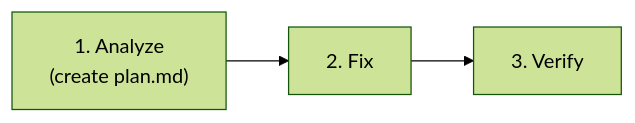
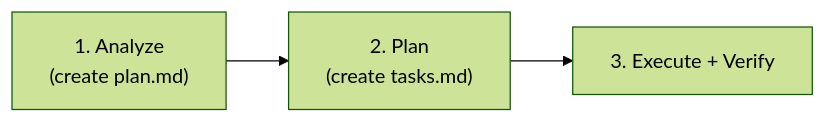
Before and after one commit to PAMunb/rvsec: the fourth of 5 diagrams in rv-android/docs/WORKFLOW.md, drawn with Mermaid (forest theme). The commit also changed other lines of this file, not shown here.

````diff
--- a/rv-android/docs/WORKFLOW.md
+++ b/rv-android/docs/WORKFLOW.md
@@ -517,4 +557,4 @@
 ```mermaid
 flowchart LR
-    A["1. Analyze\n(create plan.md)"] --> F["2. Fix"] --> V["3. Verify"]
+    A["1. Analyze\n(create plan.md)"] --> P["2. Plan\n(create tasks.md)"] --> F["3. Execute + Verify"]
 ```
````
